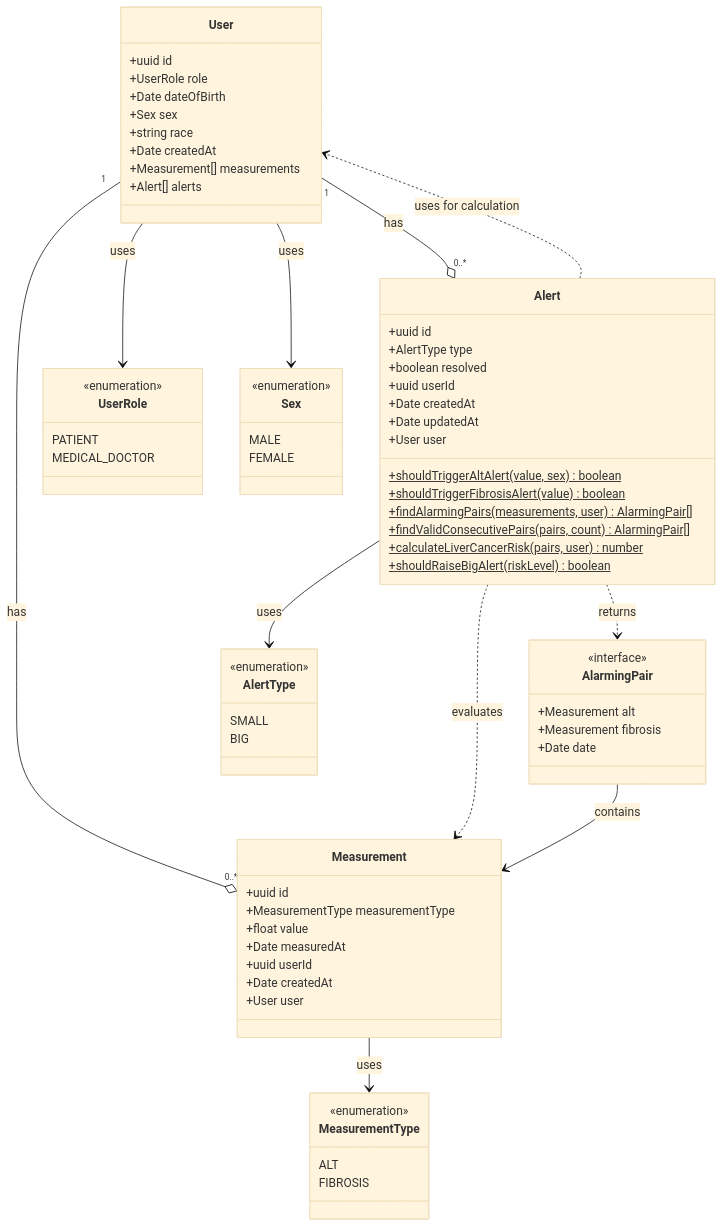
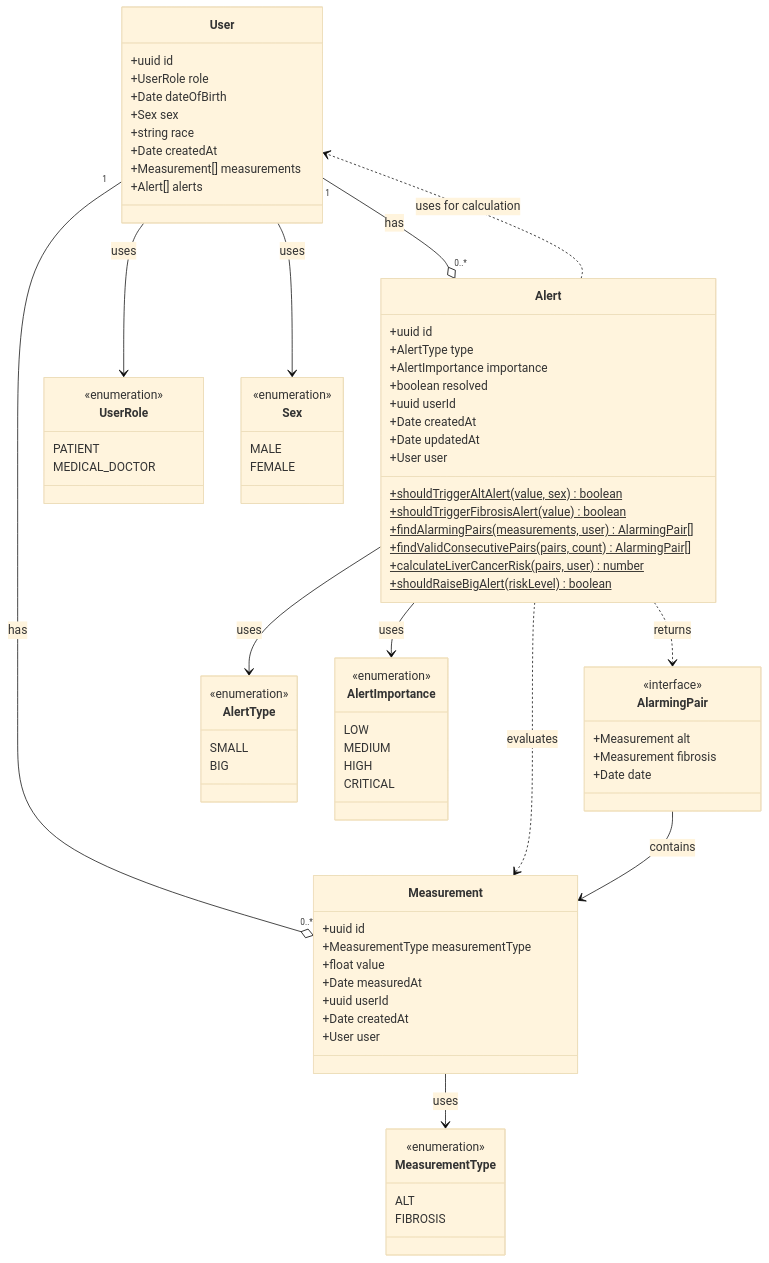
One commit to arturwojnar/alerting-app-example changed the diagram in docs/mmd/domain-classes.mmd. Above: the diagram before and after it, drawn with Mermaid (base theme). The commit also changed 7 other files, not shown here.

```diff
--- a/docs/mmd/domain-classes.mmd
+++ b/docs/mmd/domain-classes.mmd
@@ -1,80 +1,90 @@
 classDiagram
     class User {
         +uuid id
         +UserRole role
         +Date dateOfBirth
         +Sex sex
         +string race
         +Date createdAt
         +Measurement[] measurements
         +Alert[] alerts
     }
 
     class Measurement {
         +uuid id
         +MeasurementType measurementType
         +float value
         +Date measuredAt
         +uuid userId
         +Date createdAt
         +User user
     }
 
     class Alert {
         +uuid id
         +AlertType type
+        +AlertImportance importance
         +boolean resolved
         +uuid userId
         +Date createdAt
         +Date updatedAt
         +User user
         +shouldTriggerAltAlert(value, sex)$ boolean
         +shouldTriggerFibrosisAlert(value)$ boolean
         +findAlarmingPairs(measurements, user)$ AlarmingPair[]
         +findValidConsecutivePairs(pairs, count)$ AlarmingPair[]
         +calculateLiverCancerRisk(pairs, user)$ number
         +shouldRaiseBigAlert(riskLevel)$ boolean
     }
 
     class AlarmingPair {
         <<interface>>
         +Measurement alt
         +Measurement fibrosis
         +Date date
     }
 
     class UserRole {
         <<enumeration>>
         PATIENT
         MEDICAL_DOCTOR
     }
 
     class Sex {
         <<enumeration>>
         MALE
         FEMALE
     }
 
     class MeasurementType {
         <<enumeration>>
         ALT
         FIBROSIS
     }
 
     class AlertType {
         <<enumeration>>
         SMALL
         BIG
     }
 
+    class AlertImportance {
+        <<enumeration>>
+        LOW
+        MEDIUM
+        HIGH
+        CRITICAL
+    }
+
     User "1" --o "0..*" Measurement : has
     User "1" --o "0..*" Alert : has
     Alert ..> Measurement : evaluates
     Alert ..> User : uses for calculation
     Alert ..> AlarmingPair : returns
 
     User --> UserRole : uses
     User --> Sex : uses
     Measurement --> MeasurementType : uses
     Alert --> AlertType : uses
+    Alert --> AlertImportance : uses
     AlarmingPair --> Measurement : contains
```
